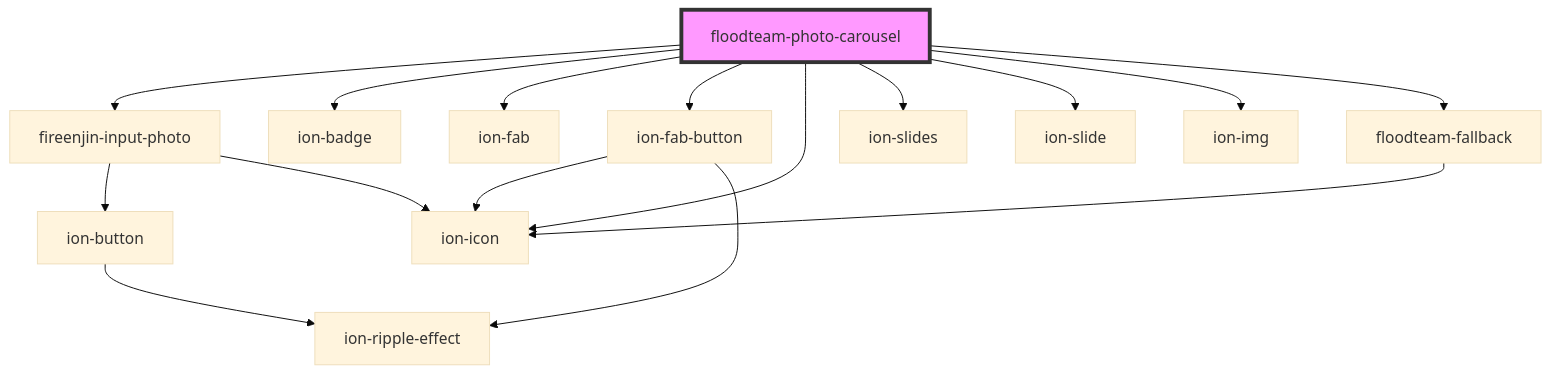
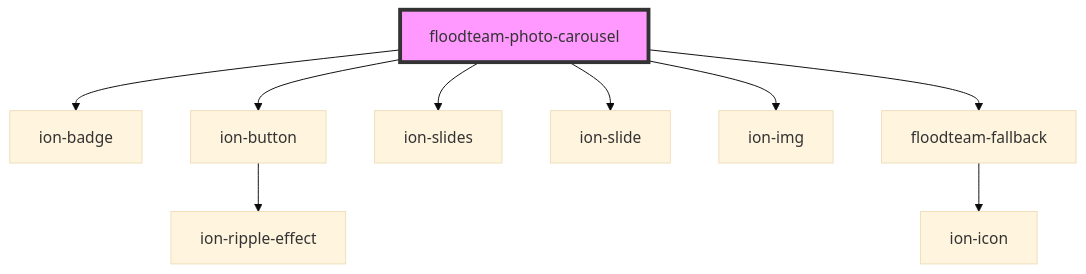
The diagram in src/components/photo-carousel/readme.md (FloodTeam/components), drawn with Mermaid (base theme) before and after one commit. The commit also changed other lines of this file and 113 other files, not shown here.

````diff
--- a/src/components/photo-carousel/readme.md
+++ b/src/components/photo-carousel/readme.md
@@ -100,19 +119,12 @@
 ```mermaid
 graph TD;
-  floodteam-photo-carousel --> fireenjin-input-photo
   floodteam-photo-carousel --> ion-badge
-  floodteam-photo-carousel --> ion-fab
-  floodteam-photo-carousel --> ion-fab-button
-  floodteam-photo-carousel --> ion-icon
+  floodteam-photo-carousel --> ion-button
   floodteam-photo-carousel --> ion-slides
   floodteam-photo-carousel --> ion-slide
   floodteam-photo-carousel --> ion-img
   floodteam-photo-carousel --> floodteam-fallback
-  fireenjin-input-photo --> ion-button
-  fireenjin-input-photo --> ion-icon
   ion-button --> ion-ripple-effect
-  ion-fab-button --> ion-icon
-  ion-fab-button --> ion-ripple-effect
   floodteam-fallback --> ion-icon
   style floodteam-photo-carousel fill:#f9f,stroke:#333,stroke-width:4px
 ```
````
